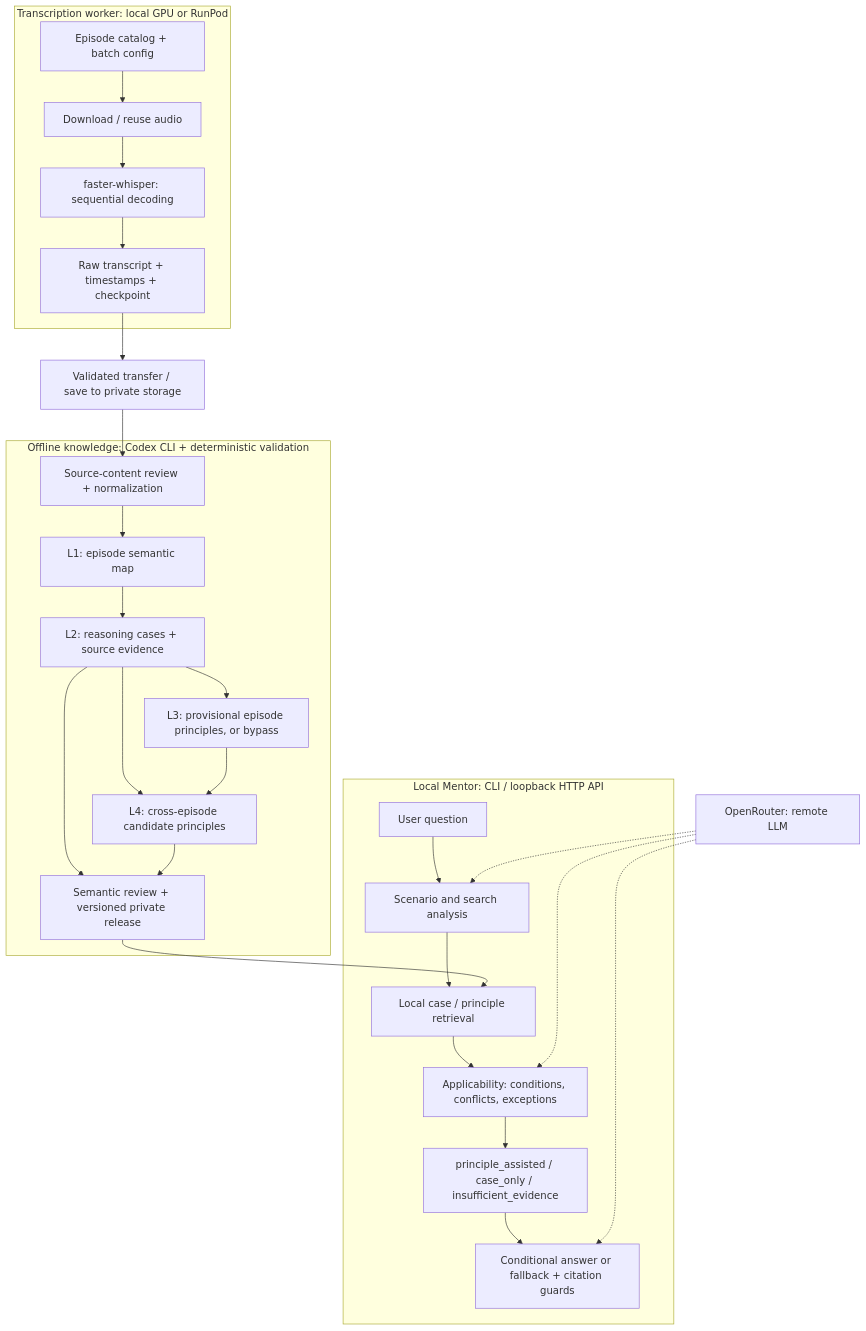
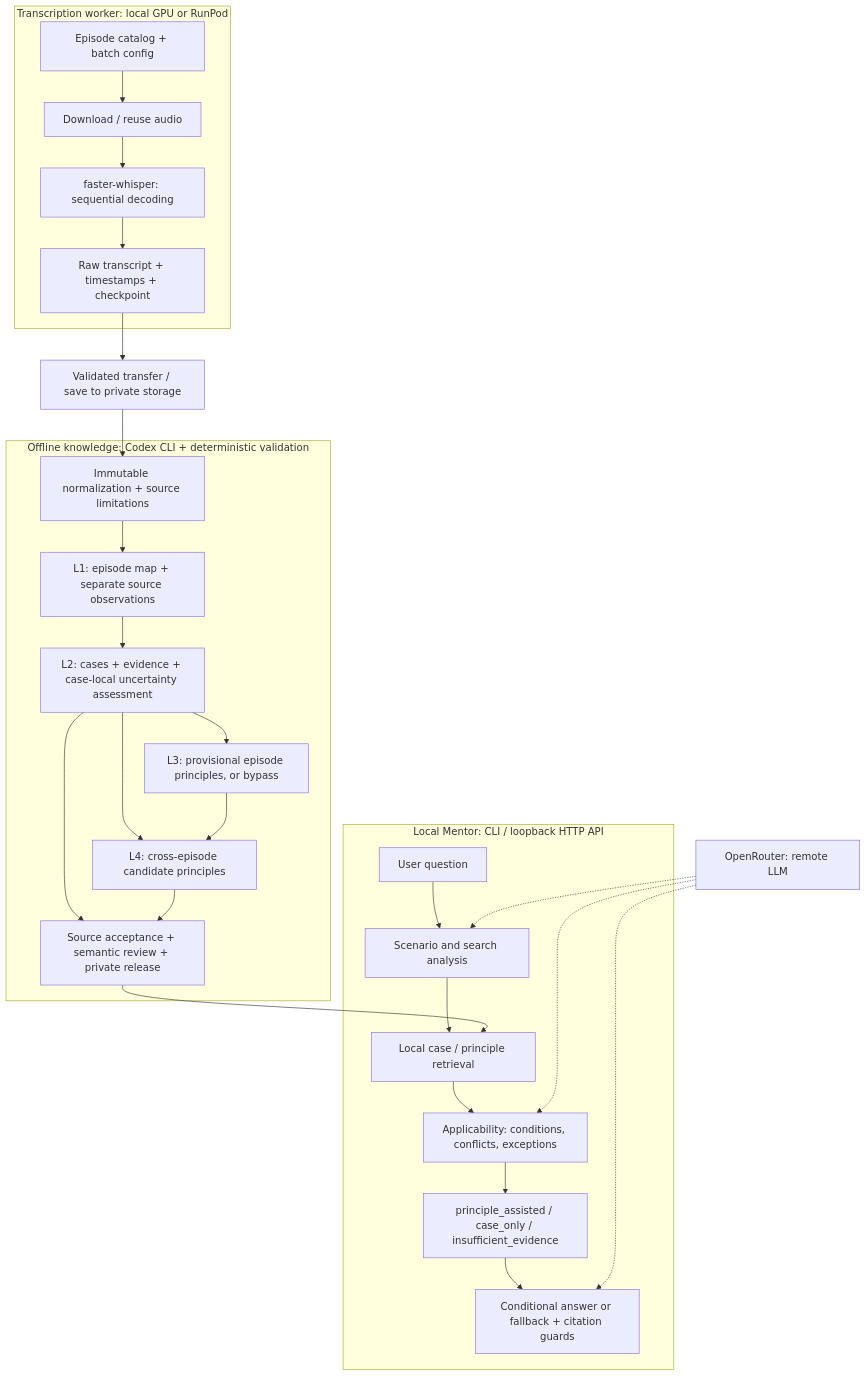
Before and after one commit to arlcurten/Podcast-Speaker-AI-Investment-Mentor: the diagram in README.md, drawn with Mermaid. The commit also changed other lines of this file and 67 other files, not shown here.

````diff
--- a/README.md
+++ b/README.md
@@ -127,34 +141,34 @@
 ```mermaid
 flowchart TD
     subgraph worker["Transcription worker: local GPU or RunPod"]
         catalog["Episode catalog + batch config"] --> audio["Download / reuse audio"]
         audio --> whisper["faster-whisper: sequential decoding"]
         whisper --> raw["Raw transcript + timestamps + checkpoint"]
     end
 
     raw --> privateRaw["Validated transfer / save to private storage"]
-    privateRaw --> prepare["Source-content review + normalization"]
+    privateRaw --> prepare["Immutable normalization + source limitations"]
 
     subgraph offline["Offline knowledge: Codex CLI + deterministic validation"]
-        prepare --> l1["L1: episode semantic map"]
-        l1 --> l2["L2: reasoning cases + source evidence"]
+        prepare --> l1["L1: episode map + separate source observations"]
+        l1 --> l2["L2: cases + evidence + case-local uncertainty assessment"]
         l2 --> l3["L3: provisional episode principles, or bypass"]
         l2 --> l4["L4: cross-episode candidate principles"]
         l3 --> l4
-        l2 --> release["Semantic review + versioned private release"]
+        l2 --> release["Source acceptance + semantic review + private release"]
         l4 --> release
     end
 
     subgraph online["Local Mentor: CLI / loopback HTTP API"]
         question["User question"] --> analysis["Scenario and search analysis"]
         analysis --> retrieval["Local case / principle retrieval"]
         release --> retrieval
         retrieval --> applicability["Applicability: conditions, conflicts, exceptions"]
         applicability --> route["principle_assisted / case_only / insufficient_evidence"]
         route --> answer["Conditional answer or fallback + citation guards"]
     end
 
     llm["OpenRouter: remote LLM"] -.-> analysis
     llm -.-> applicability
     llm -.-> answer
 ```
````
